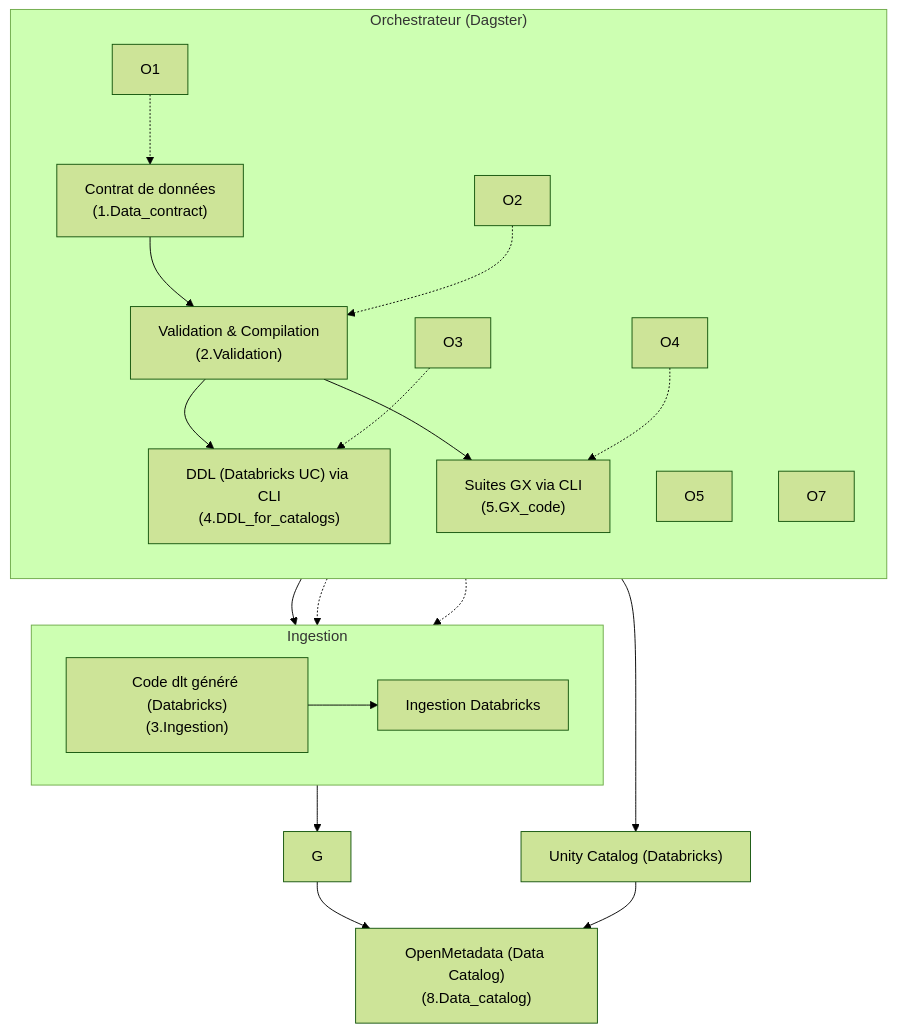
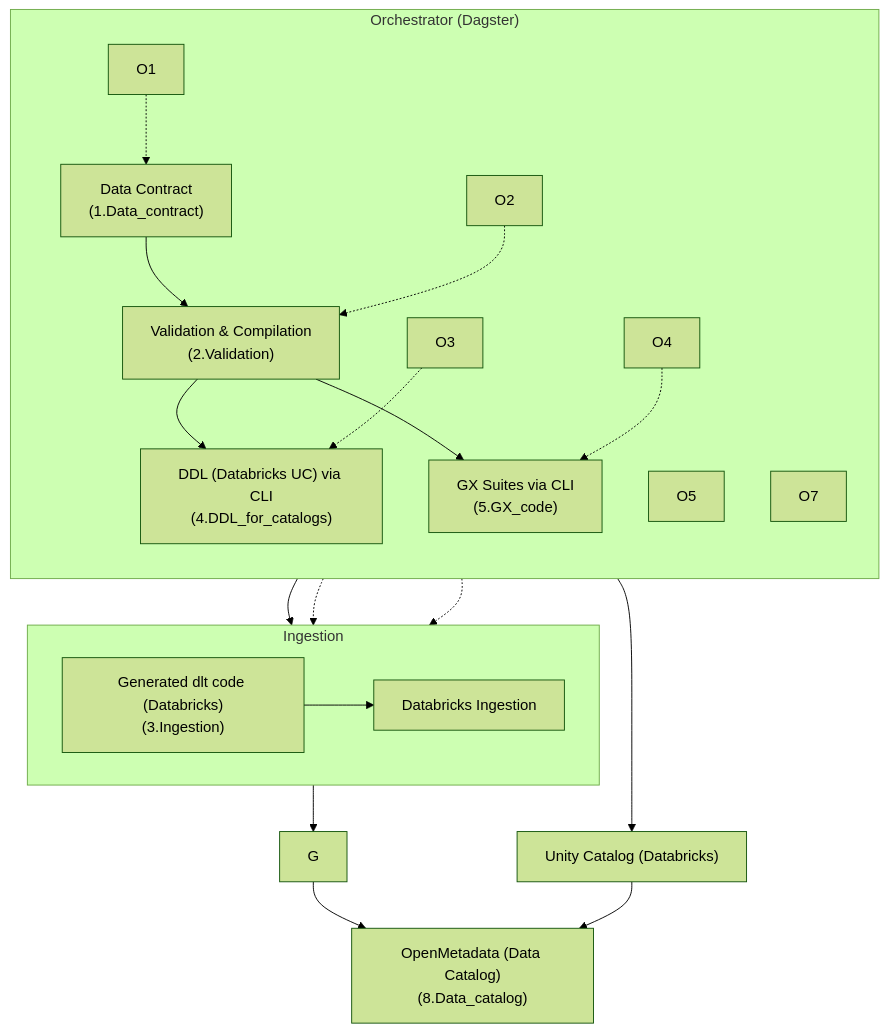
Before and after one commit to YannBrrd/awesome-pipeline: the diagram in README.md, drawn with Mermaid (forest theme). The commit also changed other lines of this file and 27 other files, not shown here.

````diff
--- a/README.md
+++ b/README.md
@@ -87,29 +111,29 @@
 ```mermaid
 flowchart TD
-  A["Contrat de données<br/>(1.Data_contract)"] --> B["Validation & Compilation<br/>(2.Validation)"]
+  A["Data Contract<br/>(1.Data_contract)"] --> B["Validation & Compilation<br/>(2.Validation)"]
 
   B --> C["DDL (Databricks UC) via CLI<br/>(4.DDL_for_catalogs)"]
-  B --> D["Suites GX via CLI<br/>(5.GX_code)"]
-  B --> E["Code dlt généré (Databricks)<br/>(3.Ingestion)"]
+  B --> D["GX Suites via CLI<br/>(5.GX_code)"]
+  B --> E["Generated dlt code (Databricks)<br/>(3.Ingestion)"]
 
   subgraph ING[Ingestion]
     direction LR
-    E --> F2["Ingestion Databricks"]
+    E --> F2["Databricks Ingestion"]
   end
 
   F2 --> G
 
   C --> H["Unity Catalog (Databricks)"]
   G --> I["OpenMetadata (Data Catalog)<br/>(8.Data_catalog)"]
   H --> I
 
-  subgraph ORCH["Orchestrateur (Dagster)"]
+  subgraph ORCH["Orchestrator (Dagster)"]
     direction TB
     O1 -.-> A
     O2 -.-> B
     O3 -.-> C
     O4 -.-> D
     O5 -.-> E
     O7 -.-> F2
   end
 ```
````
